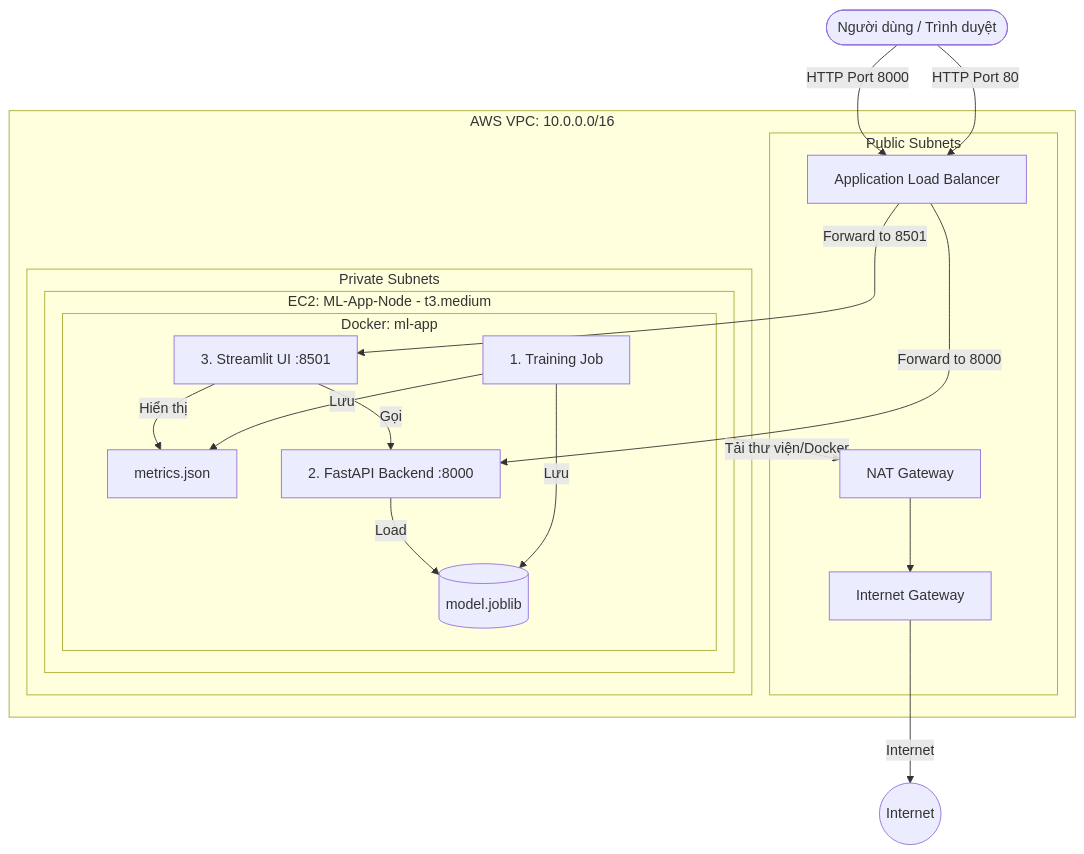
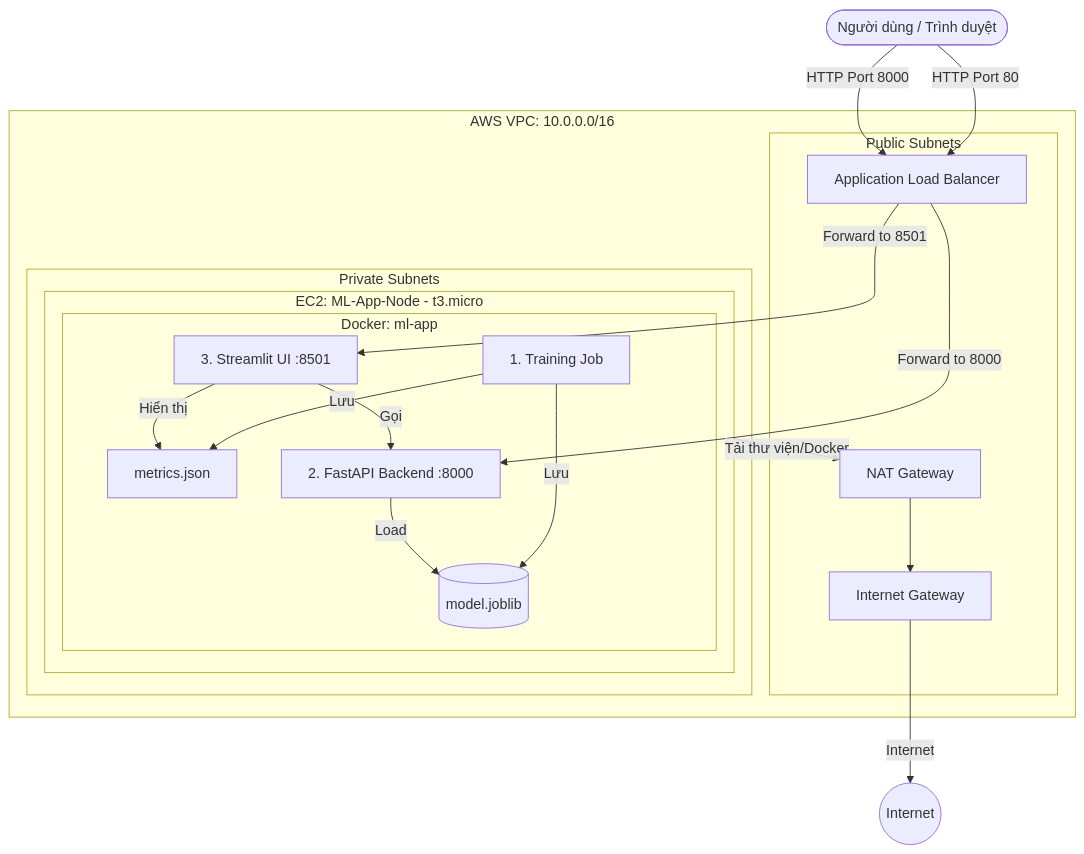
The diagram in README.md (edward1503/Day16-Track2-Assignment), drawn with Mermaid before and after one commit. The commit also changed other lines of this file and 1 other file, not shown here.

````diff
--- a/README.md
+++ b/README.md
@@ -15,31 +15,31 @@
 ```mermaid
 graph TD
     User([Người dùng / Trình duyệt]) -->|HTTP Port 80| ALB[Application Load Balancer]
     User -->|HTTP Port 8000| ALB
     
     subgraph VPC [AWS VPC: 10.0.0.0/16]
         subgraph Public_Subnet [Public Subnets]
             ALB
             NAT[NAT Gateway]
             IGW[Internet Gateway]
         end
         
         subgraph Private_Subnet [Private Subnets]
-            subgraph ML_Node [EC2: ML-App-Node - t3.medium]
+            subgraph ML_Node [EC2: ML-App-Node - t3.micro]
                 subgraph Docker_Container [Docker: ml-app]
                     Train[1. Training Job] -->|Lưu| Model[(model.joblib)]
                     Train -->|Lưu| Metrics[metrics.json]
                     API[2. FastAPI Backend :8000] -->|Load| Model
                     UI[3. Streamlit UI :8501] -->|Gọi| API
                     UI -->|Hiển thị| Metrics
                 end
             end
         end
     end
     
     ALB -->|Forward to 8501| UI
     ALB -->|Forward to 8000| API
     ML_Node -->|Tải thư viện/Docker| NAT
     NAT --> IGW
     IGW -->|Internet| WWW((Internet))
 ```
````
